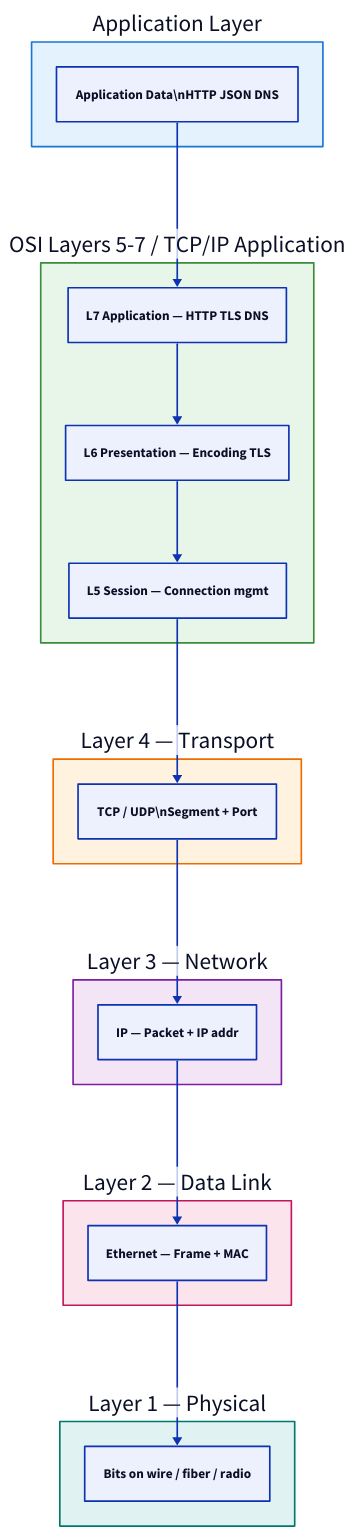
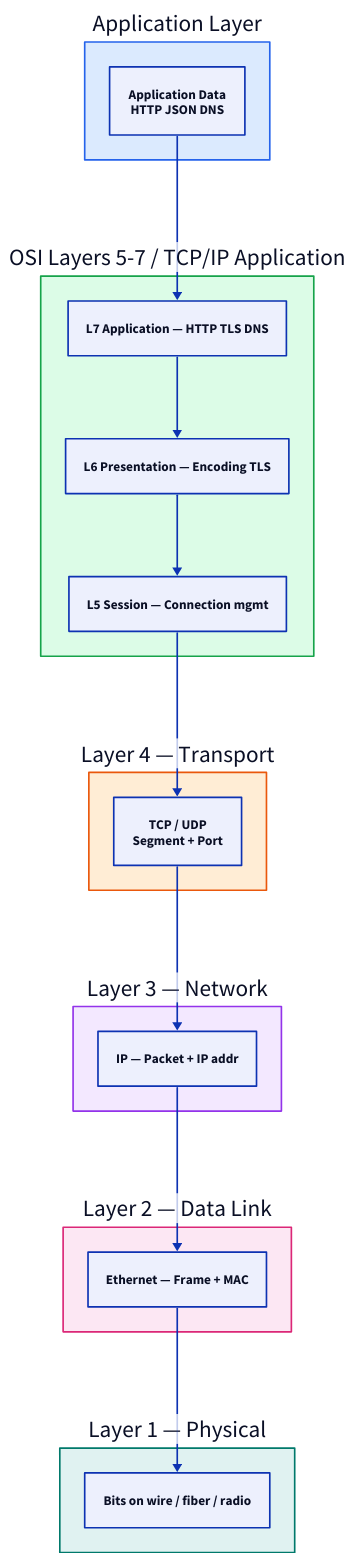
Before and after one commit to rebash-rebash/rebash-academy: the diagram in docs/networking/osi-and-tcp-ip-models.md, drawn with D2. The commit also changed 177 other files, not shown here.

First line of the commit message:
Ship Terraform track, diagram polish, and new brand favicon.

````diff
--- a/docs/networking/osi-and-tcp-ip-models.md
+++ b/docs/networking/osi-and-tcp-ip-models.md
@@ -52,55 +52,55 @@
 ```d2
 direction: down
 
 APP: "Application Layer" {
       style: {
-        fill: "#e3f2fd"
-        stroke: "#1976d2"
+        fill: "#dbeafe"
+        stroke: "#2563eb"
       }
-        DATA: "Application Data\\nHTTP JSON DNS"
+        DATA: "Application Data\nHTTP JSON DNS"
     }
     L47: "OSI Layers 5-7 / TCP/IP Application" {
       style: {
-        fill: "#e8f5e9"
-        stroke: "#388e3c"
+        fill: "#dcfce7"
+        stroke: "#16a34a"
       }
         L7: "L7 Application — HTTP TLS DNS"
         L6: "L6 Presentation — Encoding TLS"
         L5: "L5 Session — Connection mgmt"
     }
     L4: "Layer 4 — Transport" {
       style: {
-        fill: "#fff3e0"
-        stroke: "#ef6c00"
+        fill: "#ffedd5"
+        stroke: "#ea580c"
       }
-        L4N: "TCP / UDP\\nSegment + Port"
+        L4N: "TCP / UDP\nSegment + Port"
     }
     L3: "Layer 3 — Network" {
       style: {
-        fill: "#f3e5f5"
-        stroke: "#7b1fa2"
+        fill: "#f3e8ff"
+        stroke: "#9333ea"
       }
         L3N: "IP — Packet + IP addr"
     }
     L2: "Layer 2 — Data Link" {
       style: {
-        fill: "#fce4ec"
-        stroke: "#c2185b"
+        fill: "#fce7f3"
+        stroke: "#db2777"
       }
         L2N: "Ethernet — Frame + MAC"
     }
     L1: "Layer 1 — Physical" {
       style: {
         fill: "#e0f2f1"
         stroke: "#00796b"
       }
         L1N: "Bits on wire / fiber / radio"
     }
     APP.DATA -> L47.L7
     L47.L7 -> L47.L6
     L47.L6 -> L47.L5
     L47.L5 -> L4.L4N
     L4.L4N -> L3.L3N
     L3.L3N -> L2.L2N
     L2.L2N -> L1.L1N
 ```
````
